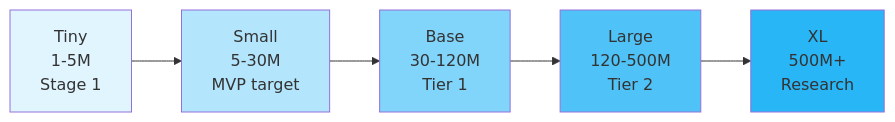
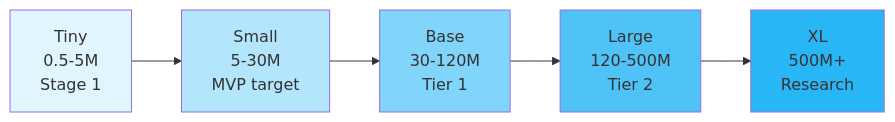
The second of 2 diagrams in docs/research/framework/architecture.md (NikitaS2001/hydroacoustic-doa), drawn with Mermaid before and after one commit. The commit also changed other lines of this file, not shown here.

First line of the commit message:
docs(architecture): align geometry and stage contracts

````diff
--- a/docs/research/framework/architecture.md
+++ b/docs/research/framework/architecture.md
@@ -606,13 +612,13 @@
 ```mermaid
 graph LR
-    A[Tiny<br/>1-5M<br/>Stage 1] --> B[Small<br/>5-30M<br/>MVP target]
+    A[Tiny<br/>0.5-5M<br/>Stage 1] --> B[Small<br/>5-30M<br/>MVP target]
     B --> C[Base<br/>30-120M<br/>Tier 1]
     C --> D[Large<br/>120-500M<br/>Tier 2]
     D --> E[XL<br/>500M+<br/>Research]
     
     style A fill:#e1f5fe
     style B fill:#b3e5fc
     style C fill:#81d4fa
     style D fill:#4fc3f7
     style E fill:#29b6f6
 ```
````
